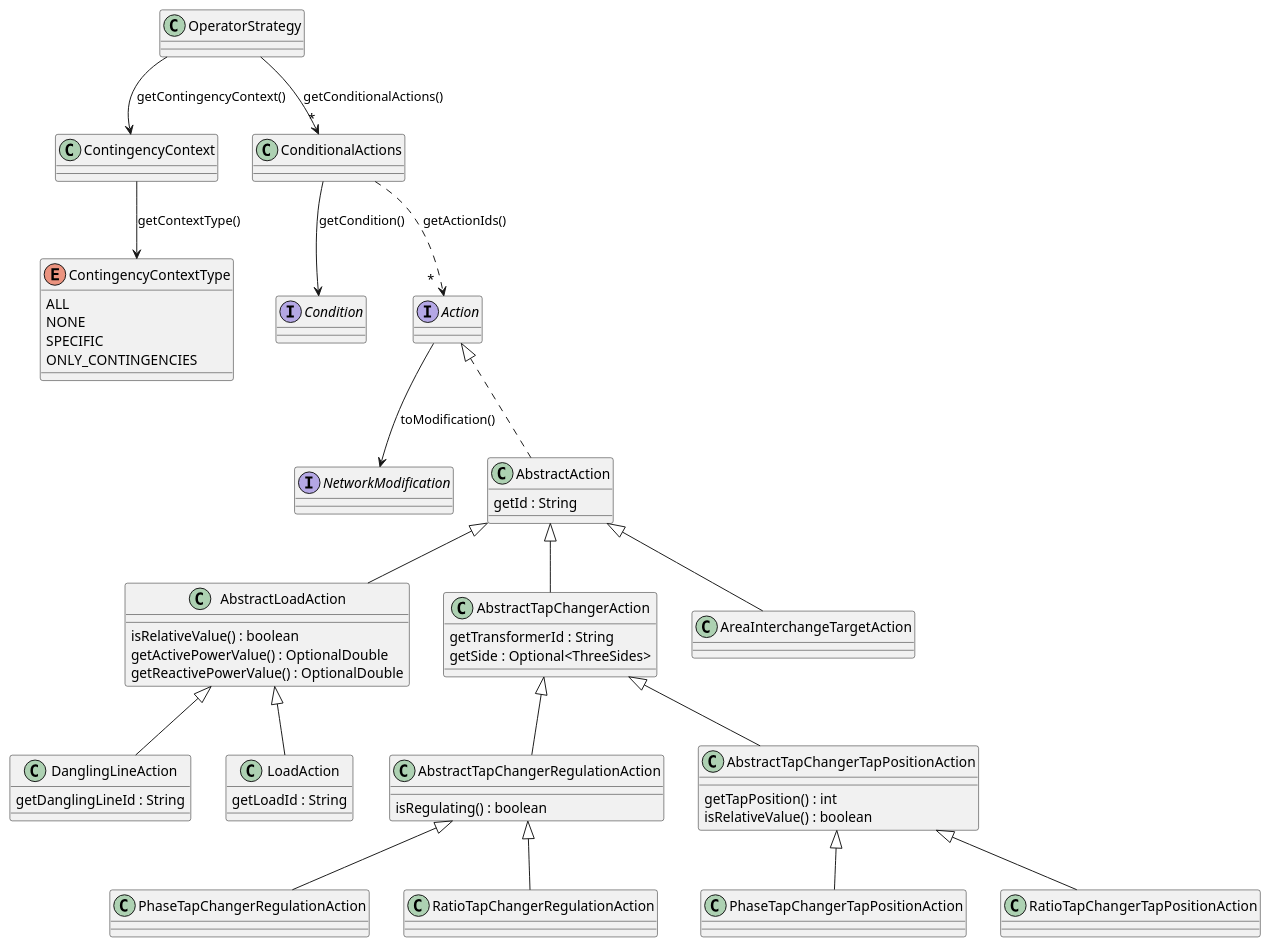
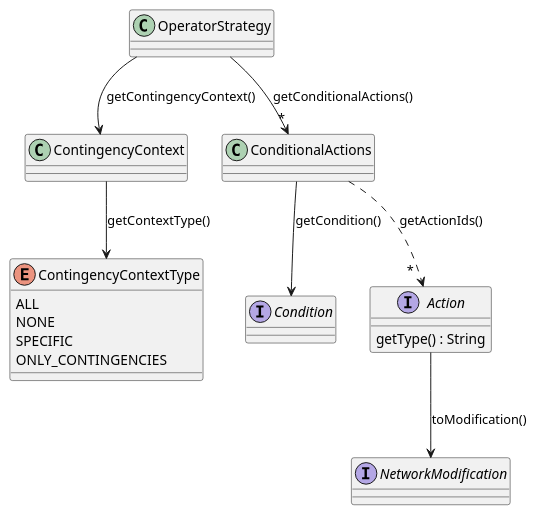
Before and after one commit to powsybl/powsybl-core: the diagram in docs/simulation/security/operatorStrategy_simple_now.puml, drawn with PlantUML. The commit also changed 1 other file, not shown here.

Commit message:
Add Action plantuml

```diff
--- a/docs/simulation/security/operatorStrategy_simple_now.puml
+++ b/docs/simulation/security/operatorStrategy_simple_now.puml
@@ -1,76 +1,30 @@
 @startuml
 
 class OperatorStrategy
 OperatorStrategy --> ContingencyContext : getContingencyContext()
 OperatorStrategy --> "*" ConditionalActions : getConditionalActions()
 
 class ConditionalActions
 ConditionalActions --> Condition : getCondition()
 ConditionalActions ..> " *  " Action : getActionIds()
 
 class ContingencyContext
 ContingencyContext --> ContingencyContextType: getContextType()
 
 enum ContingencyContextType {
   ALL
   NONE
   SPECIFIC
   ONLY_CONTINGENCIES
 }
 
 interface Condition
 
-interface Action
+interface Action {
+  getType() : String
+}
 Action --> NetworkModification : toModification()
-Action <|.. AbstractAction
 
 interface NetworkModification
 
-class AbstractAction {
-  getId : String
-}
-
-AbstractAction <|-- AbstractLoadAction
-AbstractAction <|-- AbstractTapChangerAction
-AbstractAction <|-- AreaInterchangeTargetAction
-
-
-class AbstractLoadAction {
-  isRelativeValue() : boolean
-  getActivePowerValue() : OptionalDouble
-  getReactivePowerValue() : OptionalDouble
-}
-AbstractLoadAction <|-- DanglingLineAction
-AbstractLoadAction <|-- LoadAction
-
-class DanglingLineAction {
-  getDanglingLineId : String
-}
-
-class LoadAction {
-  getLoadId : String
-}
-
-class AbstractTapChangerAction {
-  getTransformerId : String
-  getSide : Optional<ThreeSides>
-}
-AbstractTapChangerAction <|-- AbstractTapChangerRegulationAction
-AbstractTapChangerAction <|-- AbstractTapChangerTapPositionAction
-
-
-class AbstractTapChangerRegulationAction {
-  isRegulating() : boolean
-}
-AbstractTapChangerRegulationAction <|-- PhaseTapChangerRegulationAction
-AbstractTapChangerRegulationAction <|-- RatioTapChangerRegulationAction
-
-class AbstractTapChangerTapPositionAction {
-  getTapPosition() : int
-  isRelativeValue() : boolean
-}
-AbstractTapChangerTapPositionAction <|-- PhaseTapChangerTapPositionAction
-AbstractTapChangerTapPositionAction <|-- RatioTapChangerTapPositionAction
-
-
 @enduml
```
